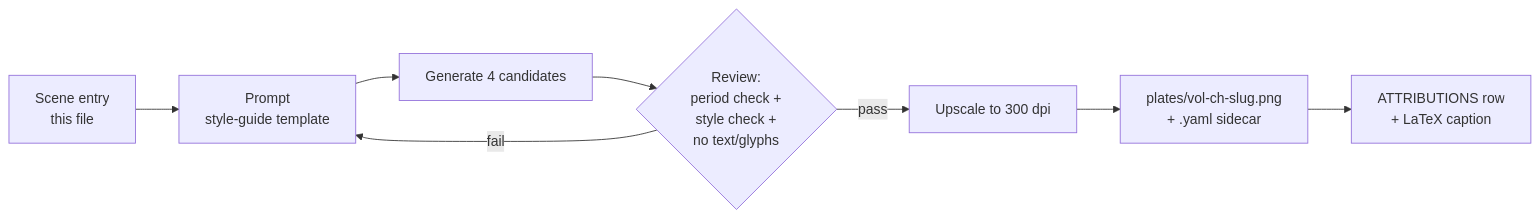
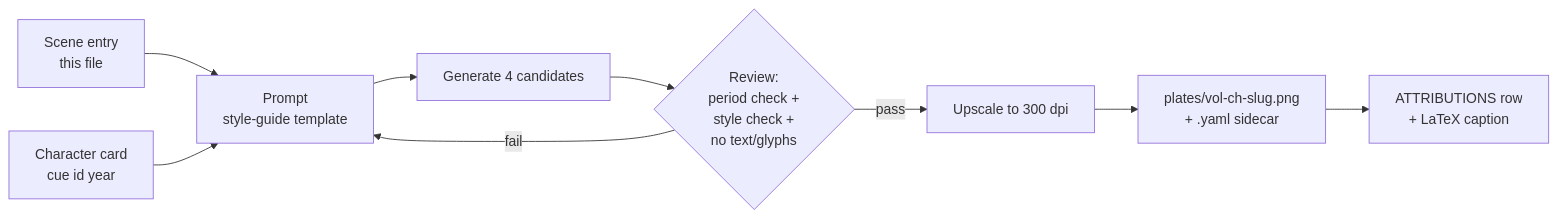
Before and after one commit to Israel-Laguan/marco-polo-reimagined: the diagram in book/plans/illustration-plan.md, drawn with Mermaid. The commit also changed other lines of this file and 53 other files, not shown here.

````diff
--- a/book/plans/illustration-plan.md
+++ b/book/plans/illustration-plan.md
@@ -113,10 +115,11 @@
 ```mermaid
 flowchart LR
   S[Scene entry<br/>this file] --> P[Prompt<br/>style-guide template]
+  C[Character card<br/>cue id year] --> P
   P --> G[Generate 4 candidates]
   G --> R{Review:<br/>period check +<br/>style check +<br/>no text/glyphs}
   R -->|fail| P
   R -->|pass| U[Upscale to 300 dpi]
   U --> F[plates/vol-ch-slug.png<br/>+ .yaml sidecar]
   F --> A[ATTRIBUTIONS row<br/>+ LaTeX caption]
 ```
````
